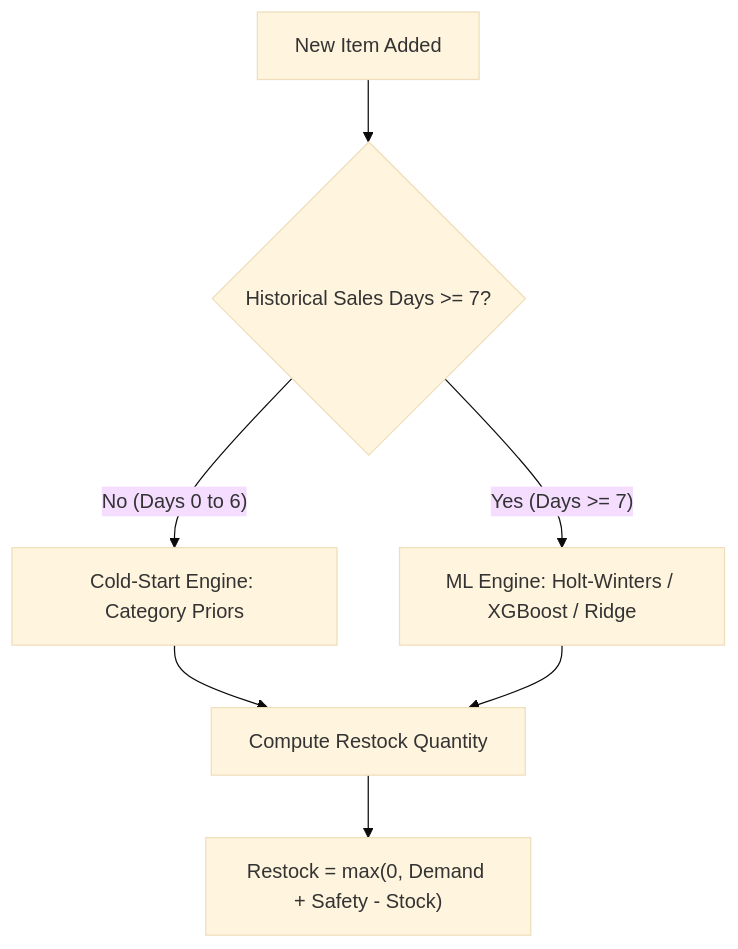
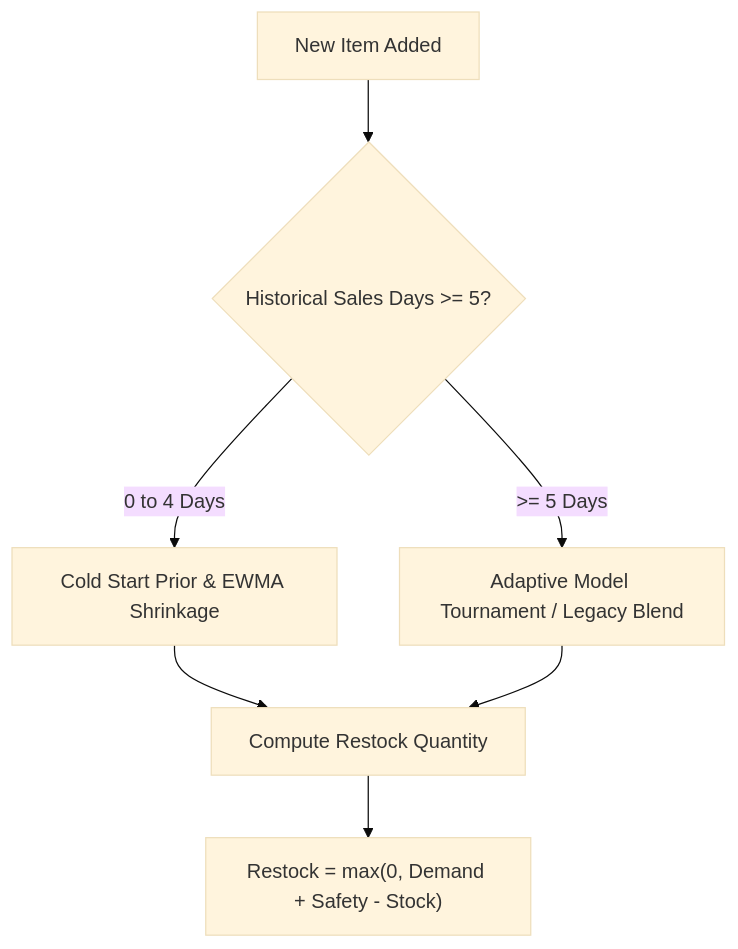
The second of 2 diagrams in docs/qa/APP_BEHAVIOR_GUIDE.md (Yatin07/CAPSTONE_PROJECT), drawn with Mermaid (base theme) before and after one commit. The commit also changed other lines of this file and 7 other files, not shown here.

````diff
--- a/docs/qa/APP_BEHAVIOR_GUIDE.md
+++ b/docs/qa/APP_BEHAVIOR_GUIDE.md
@@ -53,9 +28,9 @@
 ```mermaid
 flowchart TD
-    Start[New Item Added] --> CheckHistory{Historical Sales Days >= 7?}
-    CheckHistory -- No (Days 0 to 6) --> ColdStart[Cold-Start Engine: Category Priors]
-    CheckHistory -- Yes (Days >= 7) --> TimeSeries[ML Engine: Holt-Winters / XGBoost / Ridge]
-    ColdStart --> Formula[Compute Restock Quantity]
-    TimeSeries --> Formula
+    Start[New Item Added] --> CheckHistory{Historical Sales Days >= 5?}
+    CheckHistory -- "0 to 4 Days" --> EarlyStage[Cold Start Prior & EWMA Shrinkage]
+    CheckHistory -- ">= 5 Days" --> MatureMode[Adaptive Model Tournament / Legacy Blend]
+    EarlyStage --> Formula[Compute Restock Quantity]
+    MatureMode --> Formula
     Formula --> RestockOutput["Restock = max(0, Demand + Safety - Stock)"]
 ```
````
